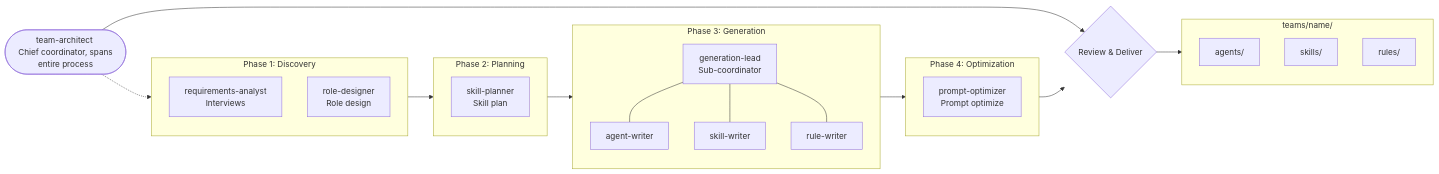
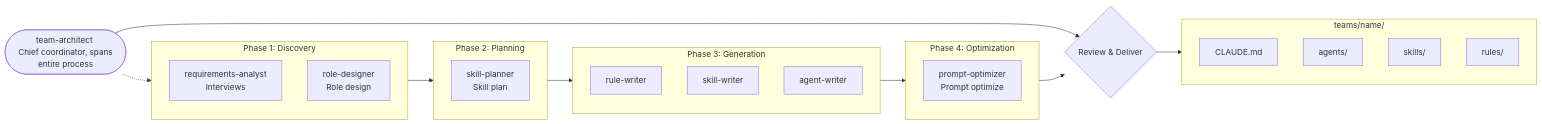
The first of 2 diagrams in readme.md (febreyfebrey/A-Team), drawn with Mermaid before and after one commit. The commit also changed other lines of this file and 8 other files, not shown here.

````diff
--- a/readme.md
+++ b/readme.md
@@ -68,35 +74,34 @@
 ```mermaid
 flowchart LR
  subgraph P1["Phase 1: Discovery"]
     direction TB
         RA["requirements-analyst <br> Interviews"]
         RD["role-designer <br> Role design"]
   end
  subgraph P2["Phase 2: Planning"]
         SP["skill-planner <br> Skill plan"]
   end
  subgraph P3["Phase 3: Generation"]
     direction TB
-        GL["generation-lead <br> Sub-coordinator"]
+        RW["rule-writer"]
+        SW["skill-writer"]
         AW["agent-writer"]
-        SW["skill-writer"]
-        RW["rule-writer"]
   end
  subgraph P4["Phase 4: Optimization"]
         PO["prompt-optimizer <br> Prompt optimize"]
   end
  subgraph DIR["teams/name/"]
     direction TB
+        claude_md["CLAUDE.md"]
         agents["agents/"]
         skills["skills/"]
         rules["rules/"]
   end
-    GL --- AW & SW & RW
     TA(["team-architect <br> Chief coordinator, spans entire process"]) -.-> P1
     P1 --> P2
     P2 --> P3
     P3 --> P4
     P4 --> RD_OUT{"Review & Deliver"}
     TA ----> RD_OUT
     RD_OUT --> DIR
 ```
````
